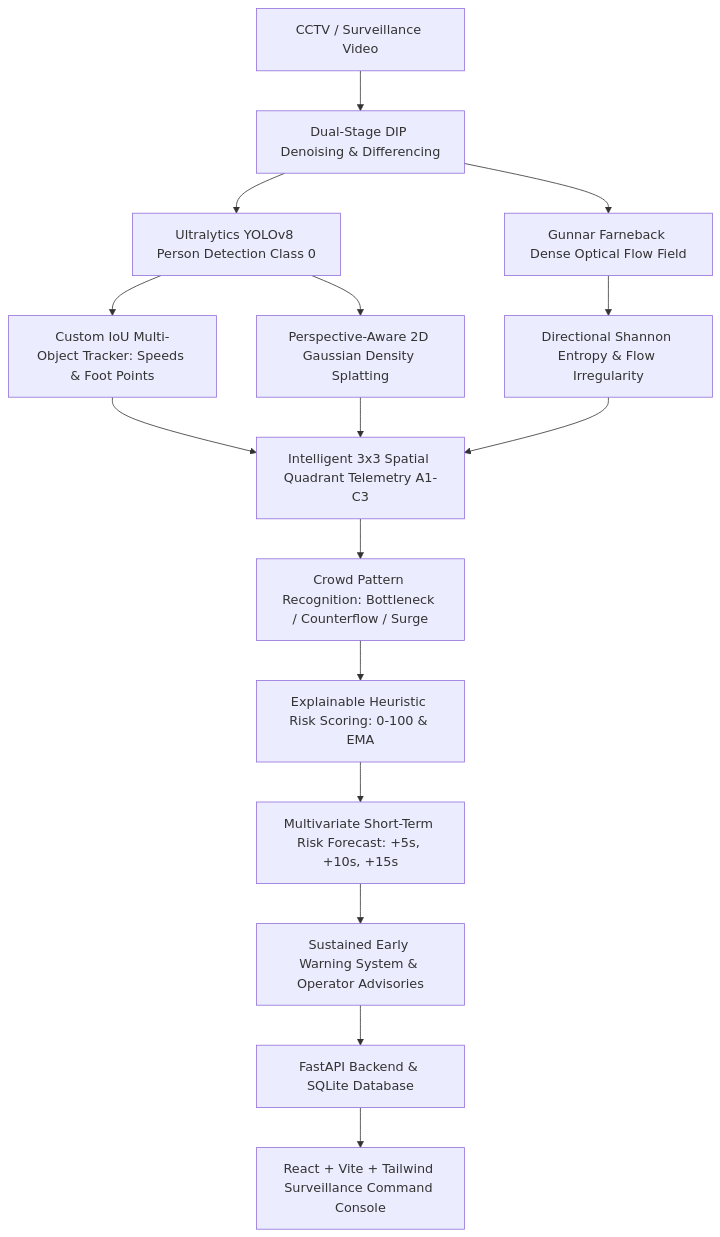
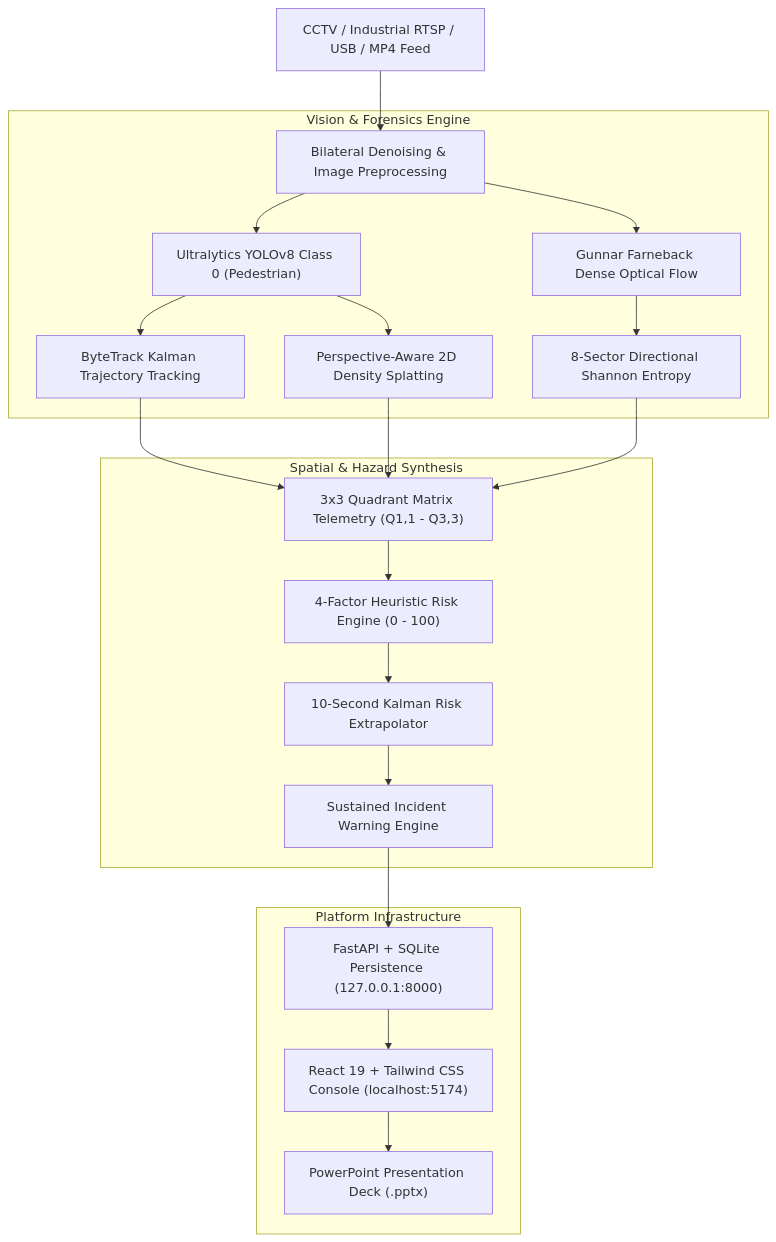
One commit to shrutirai29/dip changed the diagram in README.md. Above: the diagram before and after it, drawn with Mermaid. The commit also changed other lines of this file and 258 other files, not shown here.

````diff
--- a/README.md
+++ b/README.md
@@ -59,16 +200,25 @@
 ```mermaid
-graph TD
-    A[CCTV / Surveillance Video] --> B[Dual-Stage DIP Denoising & Differencing]
-    B --> C[Ultralytics YOLOv8 Person Detection Class 0]
-    B --> D[Gunnar Farneback Dense Optical Flow Field]
-    C --> E[Custom IoU Multi-Object Tracker: Speeds & Foot Points]
-    C --> F[Perspective-Aware 2D Gaussian Density Splatting]
-    D --> G[Directional Shannon Entropy & Flow Irregularity]
-    E & F & G --> H[Intelligent 3x3 Spatial Quadrant Telemetry A1-C3]
-    H --> I[Crowd Pattern Recognition: Bottleneck / Counterflow / Surge]
-    I --> J[Explainable Heuristic Risk Scoring: 0-100 & EMA]
-    J --> K[Multivariate Short-Term Risk Forecast: +5s, +10s, +15s]
-    K --> L[Sustained Early Warning System & Operator Advisories]
-    L --> M[FastAPI Backend & SQLite Database]
-    M --> N[React + Vite + Tailwind Surveillance Command Console]
+flowchart TD
+    A["CCTV / Industrial RTSP / USB / MP4 Feed"] --> B["Bilateral Denoising & Image Preprocessing"]
+    
+    subgraph VisionCore ["Vision & Forensics Engine"]
+        B --> C["Ultralytics YOLOv8 Class 0 (Pedestrian)"]
+        B --> D["Gunnar Farneback Dense Optical Flow"]
+        C --> E["ByteTrack Kalman Trajectory Tracking"]
+        C --> F["Perspective-Aware 2D Density Splatting"]
+        D --> G["8-Sector Directional Shannon Entropy"]
+    end
+    
+    subgraph SpatialAnalytics ["Spatial & Hazard Synthesis"]
+        E & F & G --> H["3x3 Quadrant Matrix Telemetry (Q1,1 - Q3,3)"]
+        H --> I["4-Factor Heuristic Risk Engine (0 - 100)"]
+        I --> J["10-Second Kalman Risk Extrapolator"]
+        J --> K["Sustained Incident Warning Engine"]
+    end
+    
+    subgraph ApplicationStack ["Platform Infrastructure"]
+        K --> L["FastAPI + SQLite Persistence (127.0.0.1:8000)"]
+        L --> M["React 19 + Tailwind CSS Console (localhost:5174)"]
+        M --> N["PowerPoint Presentation Deck (.pptx)"]
+    end
 ```
````
